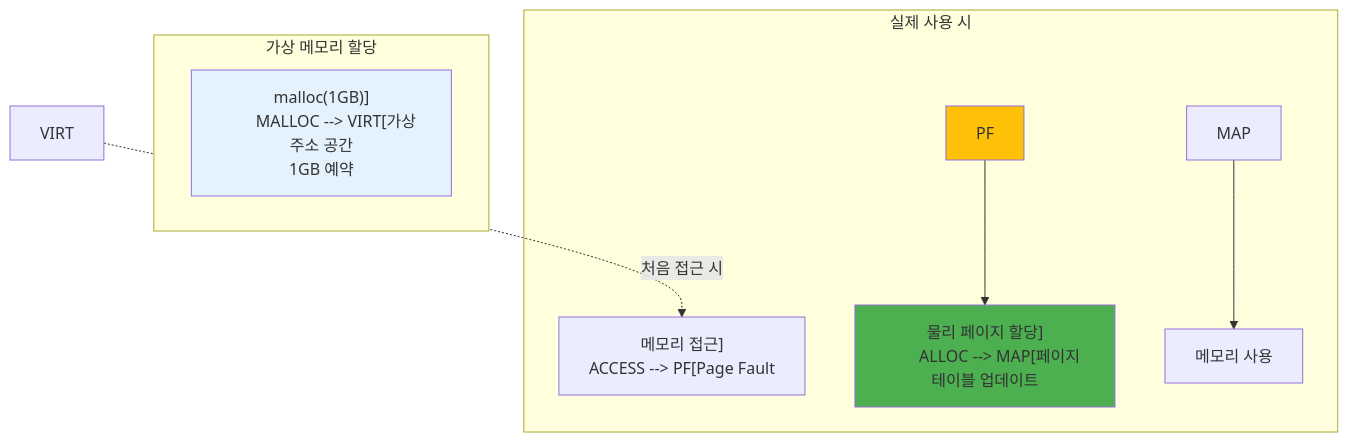
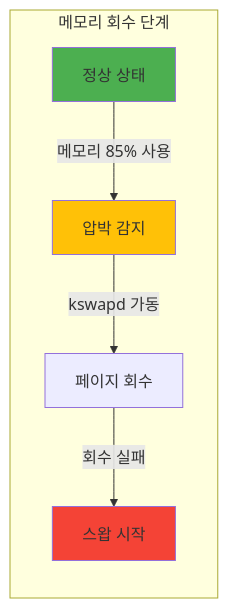
The second of 3 diagrams in docs/cs/guide/chapter-03-virtual-memory/03-page-fault.md (choru-k/choru-wiki), drawn with Mermaid before and after one commit. The commit also changed other lines of this file and 30 other files, not shown here.

````diff
--- a/docs/cs/guide/chapter-03-virtual-memory/03-page-fault.md
+++ b/docs/cs/guide/chapter-03-virtual-memory/03-page-fault.md
@@ -197,22 +207,17 @@
 ```mermaid
-graph TD
-    subgraph "가상 메모리 할당"
-        MALLOC["malloc(1GB)]
-        MALLOC --> VIRT[가상 주소 공간
-1GB 예약"]
+graph LR
+    subgraph "메모리 회수 단계"
+        NORMAL["정상 상태"]
+        PRESSURE["압박 감지"]
+        RECLAIM["페이지 회수"]
+        SWAP["스왑 시작"]
     end
-
-    subgraph "실제 사용 시"
-        ACCESS["메모리 접근]
-        ACCESS --> PF[Page Fault"]
-        PF --> ALLOC["물리 페이지 할당]
-        ALLOC --> MAP[페이지 테이블 업데이트"]
-        MAP --> USE[메모리 사용]
-    end
-
-    VIRT -.->|"처음 접근 시"|ACCESS
-
-    style MALLOC fill:#E3F2FD
-    style PF fill:#FFC107
-    style ALLOC fill:#4CAF50
+    
+    NORMAL -->|"메모리 85% 사용"| PRESSURE
+    PRESSURE -->|"kswapd 가동"| RECLAIM
+    RECLAIM -->|"회수 실패"| SWAP
+    
+    style NORMAL fill:#4CAF50
+    style PRESSURE fill:#FFC107
+    style SWAP fill:#F44336
 ```
````
